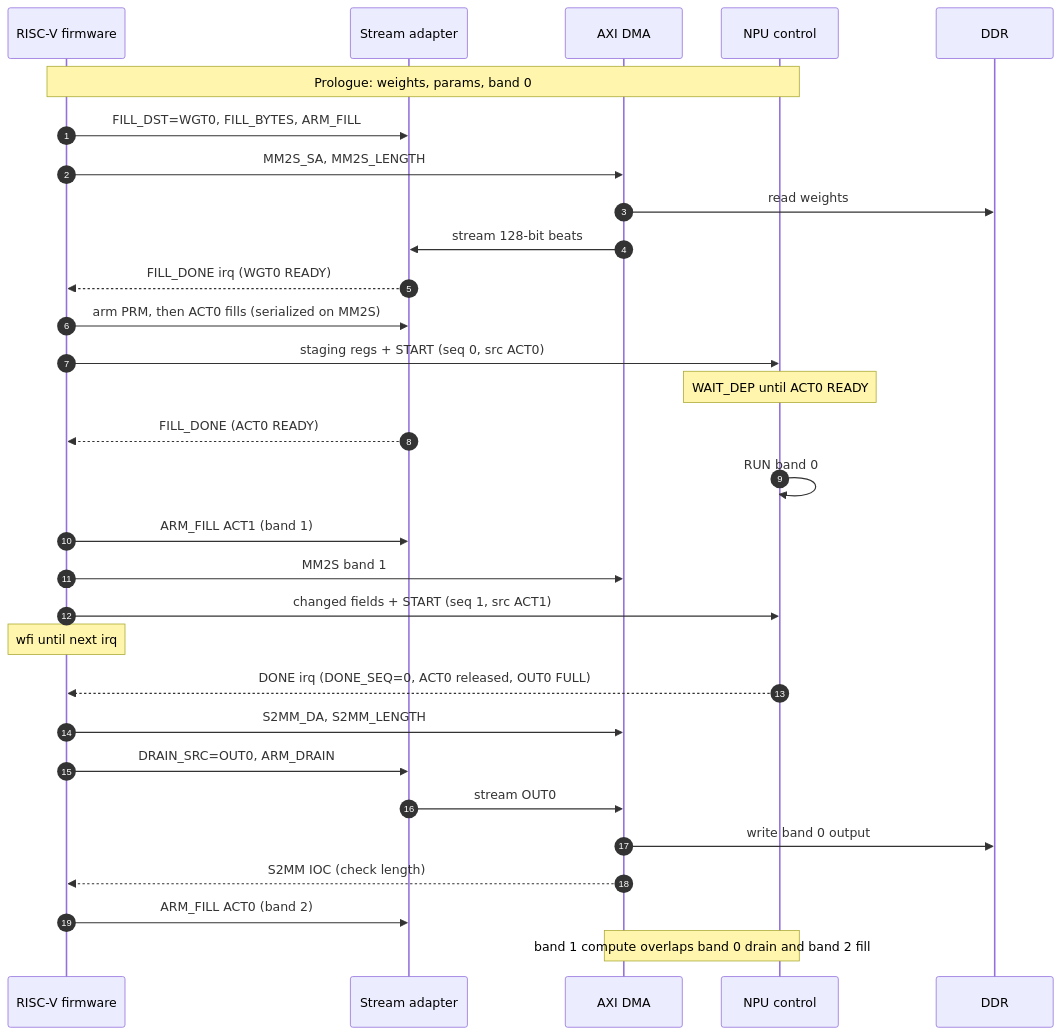
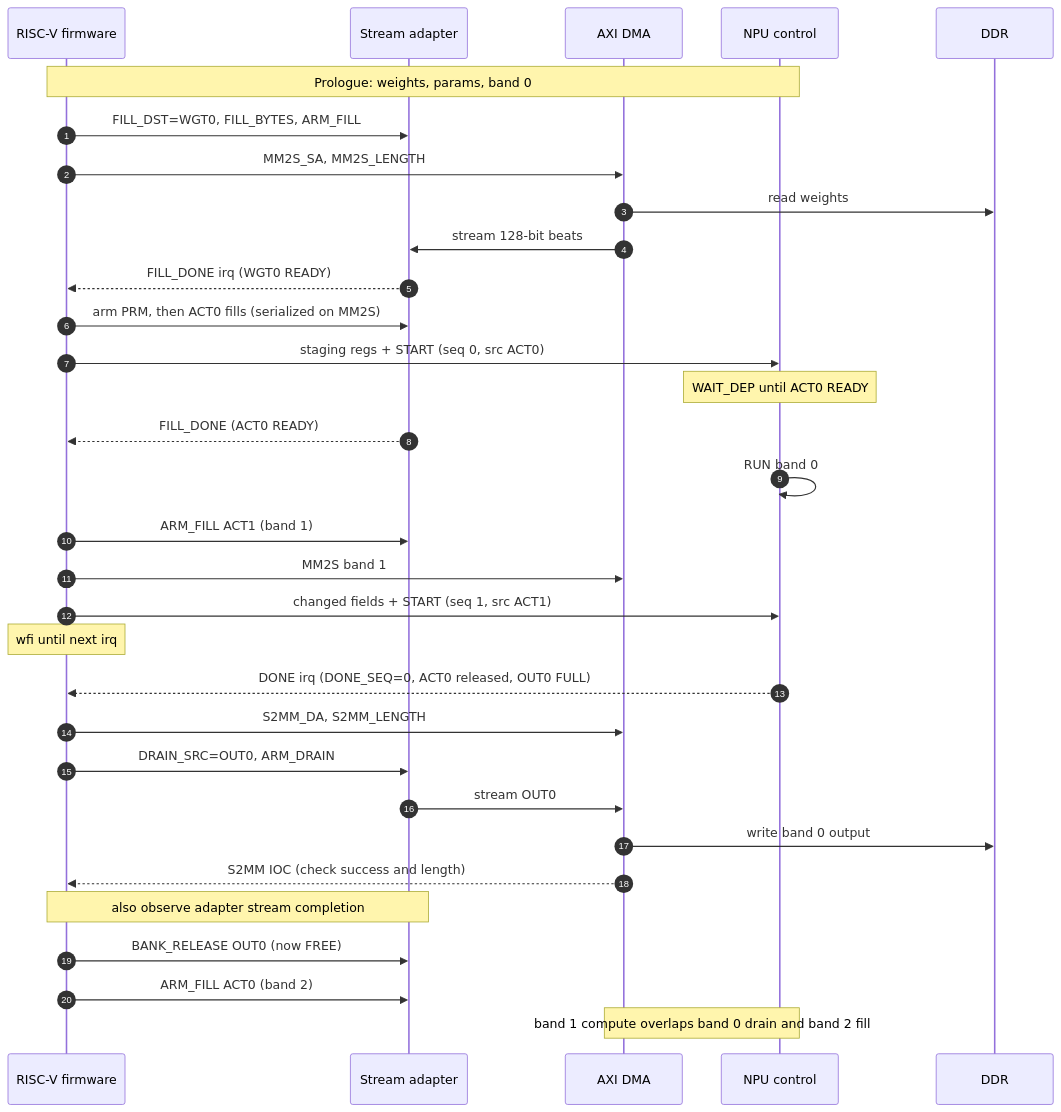
One commit to michaelgirg/raven changed the eighth of 9 diagrams in docs/RISCV_Research.md. Above: the diagram before and after it, drawn with Mermaid. The commit also changed other lines of this file and 4 other files, not shown here.

````diff
--- a/docs/RISCV_Research.md
+++ b/docs/RISCV_Research.md
@@ -1071,33 +1096,35 @@
 ```mermaid
 sequenceDiagram
     autonumber
     participant FW as RISC-V firmware
     participant ADP as Stream adapter
     participant DMA as AXI DMA
     participant NPU as NPU control
     participant DDR as DDR
 
     Note over FW,NPU: Prologue: weights, params, band 0
     FW->>ADP: FILL_DST=WGT0, FILL_BYTES, ARM_FILL
     FW->>DMA: MM2S_SA, MM2S_LENGTH
     DMA->>DDR: read weights
     DMA->>ADP: stream 128-bit beats
     ADP-->>FW: FILL_DONE irq (WGT0 READY)
     FW->>ADP: arm PRM, then ACT0 fills (serialized on MM2S)
     FW->>NPU: staging regs + START (seq 0, src ACT0)
     Note over NPU: WAIT_DEP until ACT0 READY
     ADP-->>FW: FILL_DONE (ACT0 READY)
     NPU->>NPU: RUN band 0
     FW->>ADP: ARM_FILL ACT1 (band 1)
     FW->>DMA: MM2S band 1
     FW->>NPU: changed fields + START (seq 1, src ACT1)
     Note over FW: wfi until next irq
     NPU-->>FW: DONE irq (DONE_SEQ=0, ACT0 released, OUT0 FULL)
     FW->>DMA: S2MM_DA, S2MM_LENGTH
     FW->>ADP: DRAIN_SRC=OUT0, ARM_DRAIN
     ADP->>DMA: stream OUT0
     DMA->>DDR: write band 0 output
-    DMA-->>FW: S2MM IOC (check length)
+    DMA-->>FW: S2MM IOC (check success and length)
+    Note over FW,ADP: also observe adapter stream completion
+    FW->>ADP: BANK_RELEASE OUT0 (now FREE)
     FW->>ADP: ARM_FILL ACT0 (band 2)
     Note over NPU,DMA: band 1 compute overlaps band 0 drain and band 2 fill
 ```
````
